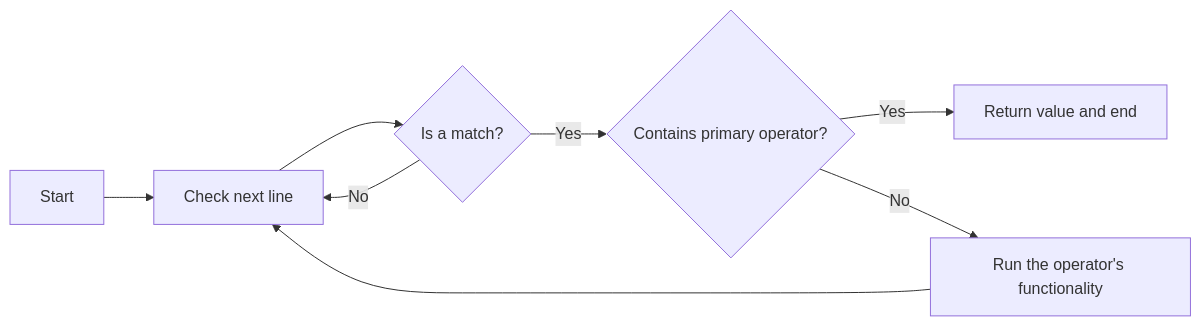
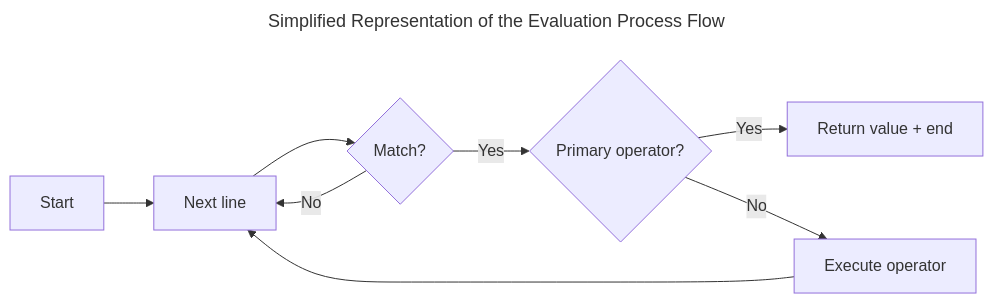
The first of 2 diagrams in docs/language/index.md (OceanApocalypseStudios/RSML-Docs), drawn with Mermaid before and after one commit. The commit also changed other lines of this file, not shown here.

````diff
--- a/docs/language/index.md
+++ b/docs/language/index.md
@@ -96,10 +99,13 @@
 ``` mermaid
-graph LR
-  A[Start] --> B[Check next line];
-  B -->F{Is a match?};
+---
+title: Simplified Representation of the Evaluation Process Flow
+---
+flowchart LR
+  A[Start] --> B[Next line];
+  B -->F{Match?};
   F -->|No| B;
-  F -->|Yes| C{Contains primary operator?};
-  C -->|Yes| D[Return value and end];
-  C -->|No| E[Run the operator's functionality];
+  F -->|Yes| C{Primary operator?};
+  C -->|Yes| D[Return value + end];
+  C -->|No| E[Execute operator];
   E -->B;
 ```
````
